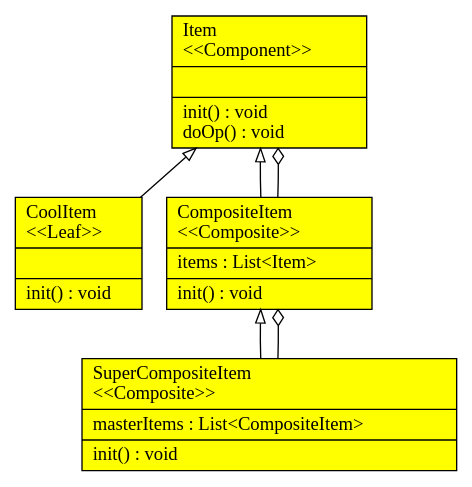
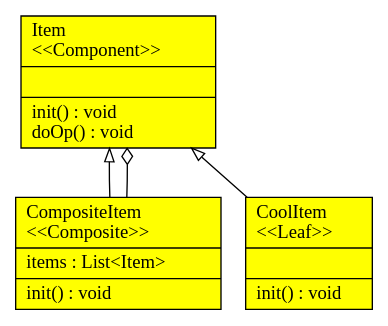
One commit to chinchalupa/CSSE374-Project changed the diagram in input_output/composite_test.dot. Above: the diagram before and after it, drawn with Graphviz. The commit also changed 27 other files, not shown here.

```diff
--- a/input_output/composite_test.dot
+++ b/input_output/composite_test.dot
@@ -1,25 +1,19 @@
 digraph G {
 
 fontname = "Bitstream Vera Sans"
 fontsize = 8
 rankdir=BT
 
 node [shape = "record" color = "#000000" fillcolor = "#ffff00" style="filled"]
 ClassTCompositeItem [label = "{CompositeItem\l\<\<Composite\>\>\l|items : List\<Item\>\l|init() : void\l}"]
 node [shape = "record" color = "#000000" fillcolor = "#ffff00" style="filled"]
 ClassTCoolItem [label = "{CoolItem\l\<\<Leaf\>\>\l||init() : void\l}"]
 node [shape = "record" color = "#000000" fillcolor = "#ffff00" style="filled"]
 ClassTItem [label = "{Item\l\<\<Component\>\>\l||init() : void\ldoOp() : void\l}"]
-node [shape = "record" color = "#000000" fillcolor = "#ffff00" style="filled"]
-ClassTSuperCompositeItem [label = "{SuperCompositeItem\l\<\<Composite\>\>\l|masterItems : List\<CompositeItem\>\l|init() : void\l}"]
 edge [arrowhead = "onormal" style = "solid" label = ""]
 ClassTCompositeItem -> ClassTItem
 edge [arrowhead = "odiamond" style = "solid" label = ""]
 ClassTCompositeItem -> ClassTItem
 edge [arrowhead = "onormal" style = "solid" label = ""]
 ClassTCoolItem -> ClassTItem
-edge [arrowhead = "onormal" style = "solid" label = ""]
-ClassTSuperCompositeItem -> ClassTCompositeItem
-edge [arrowhead = "odiamond" style = "solid" label = ""]
-ClassTSuperCompositeItem -> ClassTCompositeItem
 }
```
